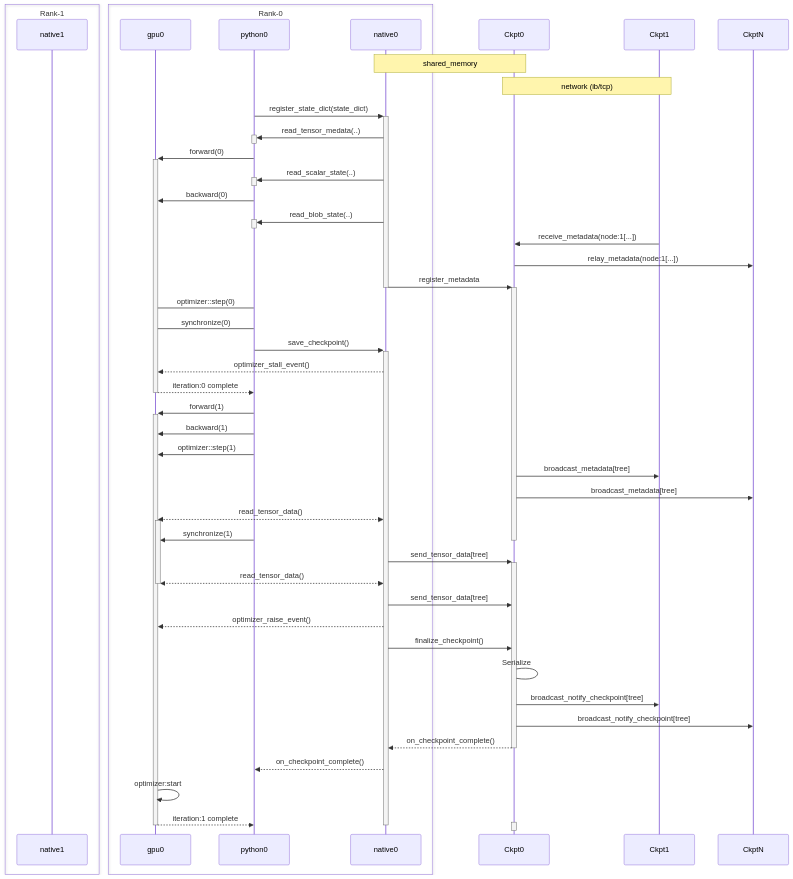
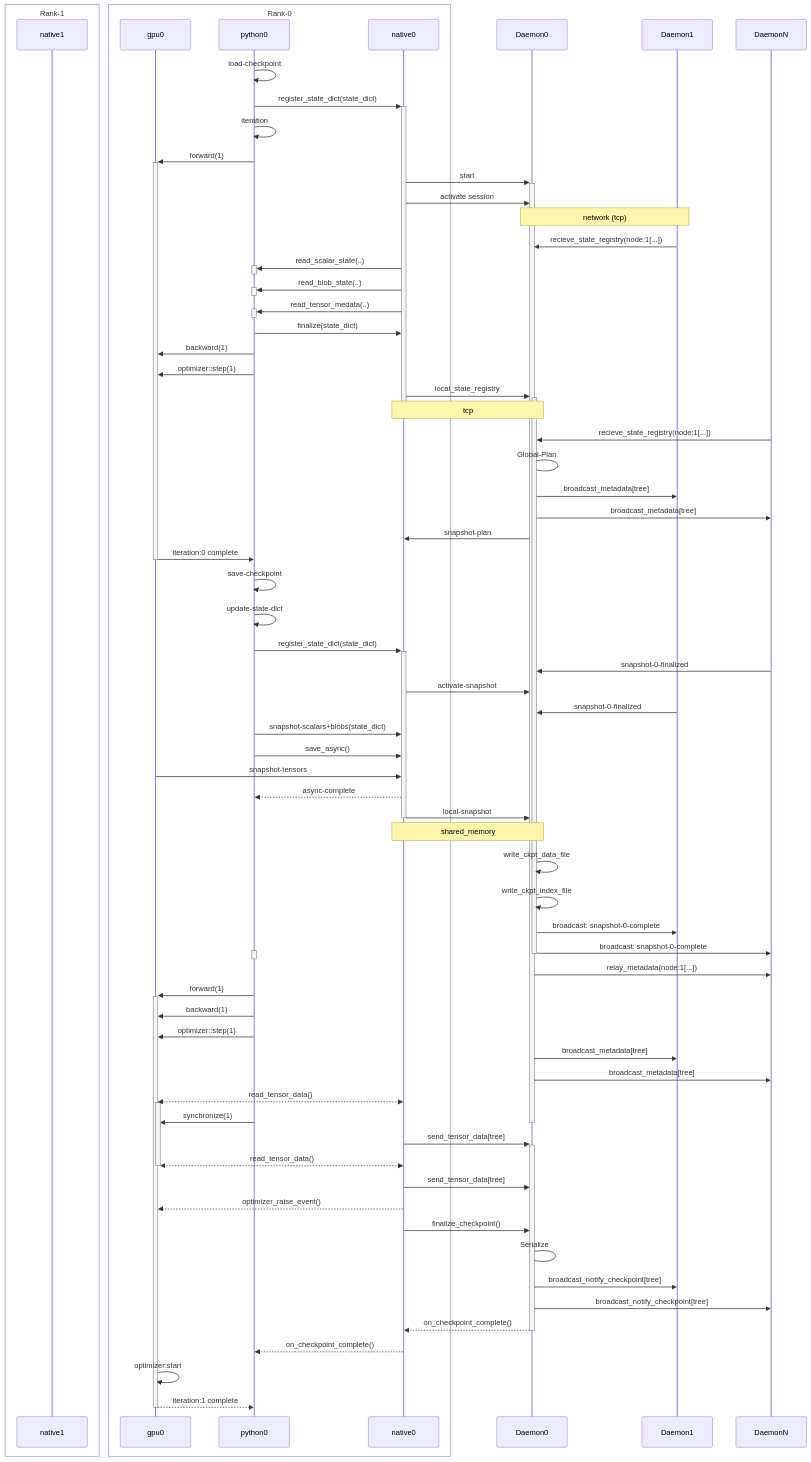
Before and after one commit to ankurv-nvidia/nvrx_checkpointing: the diagram in docs/Design.md, drawn with Mermaid. The commit also changed other lines of this file and 2 other files, not shown here.

````diff
--- a/docs/Design.md
+++ b/docs/Design.md
@@ -212,60 +272,96 @@
     participant python0
     participant native0
 end
-participant Ckpt0
-Note over native0,Ckpt0: shared_memory
-Note over Ckpt0,Ckpt1: network (ib/tcp)
+participant Daemon0
 
-participant Ckpt1
-participant CkptN
+participant Daemon1
+participant DaemonN
 
+python0->>python0: load-checkpoint
 python0->>+native0: register_state_dict(state_dict)
+python0->>python0: iteration
+python0->>+gpu0: forward(1)
+
+native0->>+Daemon0: start
+native0->>Daemon0: activate session
+Note over Daemon0,Daemon1: network (tcp)
+Daemon1->>Daemon0: recieve_state_registry(node:1[...])
+
+native0->>+python0: read_scalar_state(..)
+deactivate python0
+native0->>+python0: read_blob_state(..)
+deactivate python0
 native0->>+python0: read_tensor_medata(..)
 deactivate python0
-python0->>+gpu0: forward(0)
-native0->>+python0: read_scalar_state(..)
+python0->>native0: finalize(state_dict)
+
+python0->>gpu0: backward(1)
+python0->>gpu0: optimizer::step(1)
+
+native0->>+Daemon0: local_state_registry
+Note over native0,Daemon0: tcp
+deactivate native0
+DaemonN->>Daemon0: recieve_state_registry(node:1[...])
+Daemon0->Daemon0: Global-Plan
+Daemon0->>Daemon1: broadcast_metadata[tree]
+Daemon0->>DaemonN: broadcast_metadata[tree]
+
+Daemon0->>native0: snapshot-plan
+gpu0->>-python0: iteration:0 complete
+python0->>python0: save-checkpoint
+python0->>python0: update-state-dict
+python0->>+native0: register_state_dict(state_dict)
+
+DaemonN->>Daemon0: snapshot-0-finalized
+native0->>Daemon0: activate-snapshot
+Daemon1->>Daemon0: snapshot-0-finalized
+python0->>native0: snapshot-scalars+blobs(state_dict)
+python0->>native0: save_async()
+gpu0->>native0: snapshot-tensors
+native0-->>python0: async-complete
+native0->>Daemon0: local-snapshot
+deactivate native0
+Note over native0,Daemon0: shared_memory
+
+Daemon0->>Daemon0: write_ckpt_data_file
+Daemon0->>Daemon0: write_ckpt_index_file
+Daemon0->>Daemon1: broadcast: snapshot-0-complete
+Daemon0->>DaemonN: broadcast: snapshot-0-complete
+deactivate Daemon0
+
+activate python0
+
+
 deactivate python0
-python0->>gpu0: backward(0)
-native0->>+python0: read_blob_state(..)
-deactivate python0
-Ckpt1->>Ckpt0: receive_metadata(node:1[...])
-Ckpt0->>CkptN: relay_metadata(node:1[...])
+Daemon0->>DaemonN: relay_metadata(node:1[...])
 
-native0->>+Ckpt0: register_metadata
-deactivate native0
-python0->gpu0: optimizer::step(0)
-python0->gpu0: synchronize(0)
-python0->>+native0: save_checkpoint()
-native0-->>gpu0: optimizer_stall_event()
 
-gpu0-->>-python0: iteration:0 complete
+
 python0->>+gpu0: forward(1)
 python0->>gpu0: backward(1)
 python0->>gpu0: optimizer::step(1)
 
-Ckpt0->>Ckpt1: broadcast_metadata[tree]
-Ckpt0->>CkptN: broadcast_metadata[tree]
+Daemon0->>Daemon1: broadcast_metadata[tree]
+Daemon0->>DaemonN: broadcast_metadata[tree]
 
 native0<<-->>+gpu0: read_tensor_data()
 python0->>gpu0: synchronize(1)
-deactivate Ckpt0
-native0->>+Ckpt0: send_tensor_data[tree]
+deactivate Daemon0
+native0->>+Daemon0: send_tensor_data[tree]
 native0<<-->>gpu0: read_tensor_data()
 deactivate gpu0
-native0->>Ckpt0: send_tensor_data[tree]
+native0->>Daemon0: send_tensor_data[tree]
 native0-->>gpu0: optimizer_raise_event()
-native0->>Ckpt0: finalize_checkpoint()
-Ckpt0->Ckpt0: Serialize
-Ckpt0->>Ckpt1: broadcast_notify_checkpoint[tree]
-Ckpt0->>CkptN: broadcast_notify_checkpoint[tree]
-Ckpt0-->>-native0: on_checkpoint_complete()
+native0->>Daemon0: finalize_checkpoint()
+Daemon0->Daemon0: Serialize
+Daemon0->>Daemon1: broadcast_notify_checkpoint[tree]
+Daemon0->>DaemonN: broadcast_notify_checkpoint[tree]
+Daemon0-->>-native0: on_checkpoint_complete()
 native0-->>python0: on_checkpoint_complete()
 
 gpu0->>gpu0: optimizer:start
 gpu0-->>-python0: iteration:1 complete
 
-deactivate native0
-activate Ckpt0
-deactivate Ckpt0
+activate Daemon0
 
 ```
````
